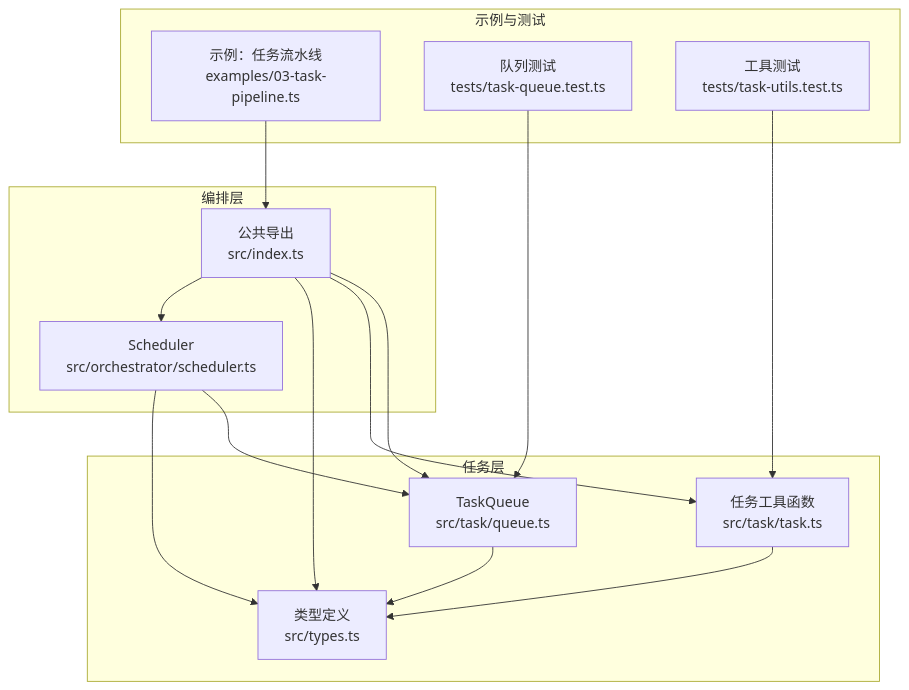
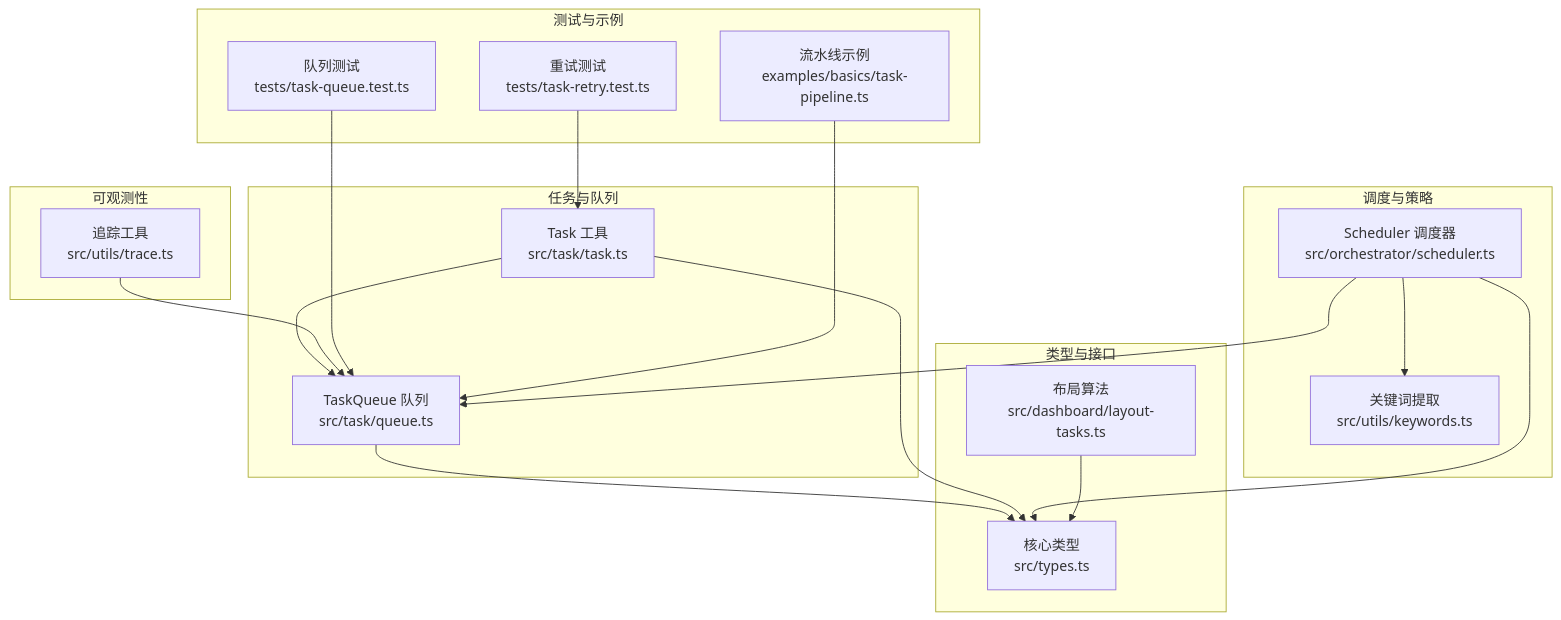
Before and after one commit to haolange/open-multi-agent: the first of 9 diagrams in .qoder/repowiki/zh/content/API 参考/任务 API.md, drawn with Mermaid. The commit also changed other lines of this file and 100 other files, not shown here.

````diff
--- a/.qoder/repowiki/zh/content/API 参考/任务 API.md
+++ b/.qoder/repowiki/zh/content/API 参考/任务 API.md
@@ -46,28 +43,34 @@
 ```mermaid
 graph TB
-subgraph "任务层"
-TQ["TaskQueue<br/>src/task/queue.ts"]
-TF["任务工具函数<br/>src/task/task.ts"]
-TY["类型定义<br/>src/types.ts"]
+subgraph "任务与队列"
+T["Task 工具<br/>src/task/task.ts"]
+Q["TaskQueue 队列<br/>src/task/queue.ts"]
 end
-subgraph "编排层"
-SCH["Scheduler<br/>src/orchestrator/scheduler.ts"]
-IDX["公共导出<br/>src/index.ts"]
+subgraph "调度与策略"
+S["Scheduler 调度器<br/>src/orchestrator/scheduler.ts"]
+K["关键词提取<br/>src/utils/keywords.ts"]
 end
-subgraph "示例与测试"
-EX["示例：任务流水线<br/>examples/03-task-pipeline.ts"]
-TQTEST["队列测试<br/>tests/task-queue.test.ts"]
-TUTEST["工具测试<br/>tests/task-utils.test.ts"]
+subgraph "类型与接口"
+TY["核心类型<br/>src/types.ts"]
+DT["布局算法<br/>src/dashboard/layout-tasks.ts"]
 end
-IDX --> TQ
-IDX --> TF
-IDX --> TY
-IDX --> SCH
-TQ --> TY
-TF --> TY
-SCH --> TQ
-SCH --> TY
-EX --> IDX
-TQTEST --> TQ
-TUTEST --> TF
+subgraph "可观测性"
+TR["追踪工具<br/>src/utils/trace.ts"]
+end
+subgraph "测试与示例"
+QT["队列测试<br/>tests/task-queue.test.ts"]
+RT["重试测试<br/>tests/task-retry.test.ts"]
+EP["流水线示例<br/>examples/basics/task-pipeline.ts"]
+end
+T --> Q
+S --> Q
+S --> K
+Q --> TY
+T --> TY
+S --> TY
+TR --> Q
+DT --> TY
+QT --> Q
+RT --> T
+EP --> Q
 ```
````
